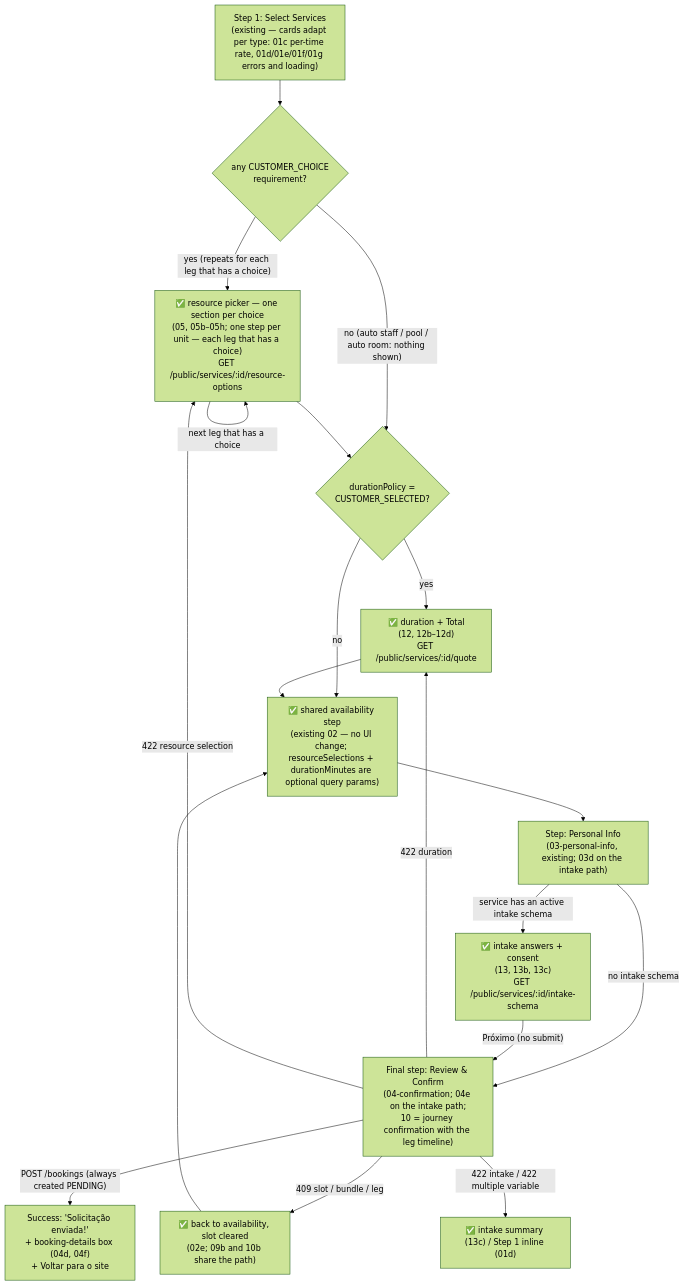
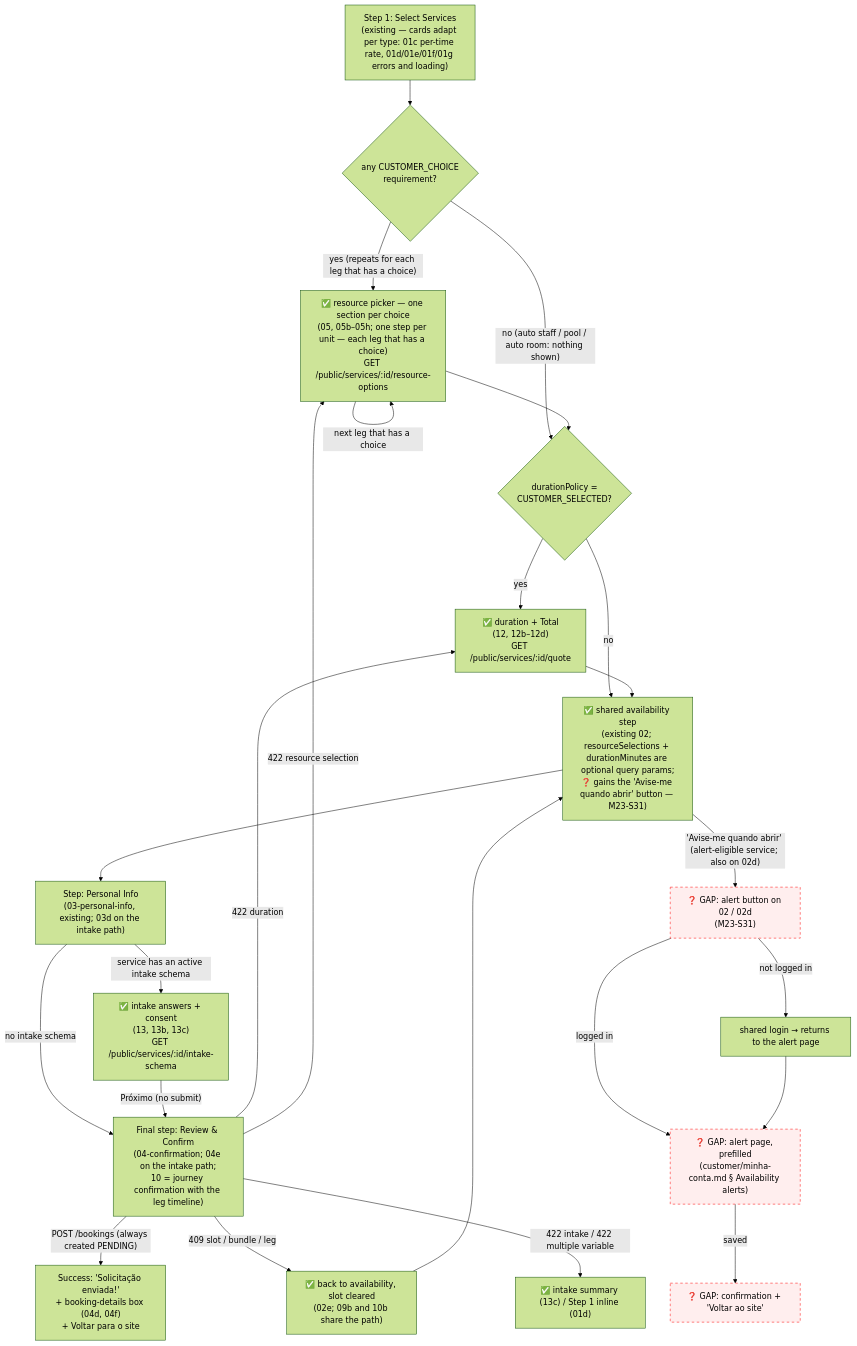
Before and after one commit to lmmoreira/ikaro: the second of 2 diagrams in plan/journey/guest/book-a-service.md, drawn with Mermaid (forest theme). The commit also changed other lines of this file and 26 other files, not shown here.

First line of the commit message:
docs(plan): redesign the M23-S31 availability-alert entry and fix M23 doc drift

````diff
--- a/plan/journey/guest/book-a-service.md
+++ b/plan/journey/guest/book-a-service.md
@@ -59,24 +59,30 @@
 ```mermaid
 flowchart TD
     classDef gap stroke:#f00,stroke-dasharray: 5 5,fill:#fee
 
     S1b["Step 1: Select Services<br/>(existing — cards adapt per type: 01c per-time rate, 01d/01e/01f/01g errors and loading)"] --> HasChoice{"any CUSTOMER_CHOICE<br/>requirement?"}
     HasChoice -- "yes (repeats for each leg that has a choice)" --> Picker["✅ resource picker — one section per choice<br/>(05, 05b–05h; one step per unit — each leg that has a choice)<br/>GET /public/services/:id/resource-options"]
     HasChoice -- "no (auto staff / pool / auto room: nothing shown)" --> HasDuration
     Picker -->|"next leg that has a choice"| Picker
     Picker --> HasDuration{"durationPolicy =<br/>CUSTOMER_SELECTED?"}
     HasDuration -- "yes" --> Duration["✅ duration + Total<br/>(12, 12b–12d)<br/>GET /public/services/:id/quote"]
     HasDuration -- "no" --> Availability
-    Duration --> Availability["✅ shared availability step<br/>(existing 02 — no UI change; resourceSelections + durationMinutes are optional query params)"]
+    Duration --> Availability["✅ shared availability step<br/>(existing 02; resourceSelections + durationMinutes are optional query params;<br/>❓ gains the 'Avise-me quando abrir' button — M23-S31)"]
 
     Availability --> S3m["Step: Personal Info<br/>(03-personal-info, existing; 03d on the intake path)"]
+    Availability -->|"'Avise-me quando abrir' (alert-eligible service; also on 02d)"| AlertBtn["❓ GAP: alert button on 02 / 02d<br/>(M23-S31)"]
+    AlertBtn -->|"not logged in"| AlertLogin["shared login → returns to the alert page"]
+    AlertBtn -->|"logged in"| AlertPage["❓ GAP: alert page, prefilled<br/>(customer/minha-conta.md § Availability alerts)"]
+    AlertLogin --> AlertPage
+    AlertPage -->|"saved"| AlertDone["❓ GAP: confirmation + 'Voltar ao site'"]
+    class AlertBtn,AlertPage,AlertDone gap
     S3m -->|"service has an active intake schema"| Intake["✅ intake answers + consent<br/>(13, 13b, 13c)<br/>GET /public/services/:id/intake-schema"]
     S3m -->|"no intake schema"| Confirm
     Intake -->|"Próximo (no submit)"| Confirm["Final step: Review & Confirm<br/>(04-confirmation; 04e on the intake path;<br/>10 = journey confirmation with the leg timeline)"]
     Confirm -->|"POST /bookings (always created PENDING)"| Done["Success: 'Solicitação enviada!'<br/>+ booking-details box (04d, 04f)<br/>+ Voltar para o site"]
     Confirm -->|"409 slot / bundle / leg"| BackAvail["✅ back to availability, slot cleared<br/>(02e; 09b and 10b share the path)"]
     Confirm -->|"422 duration"| Duration
     Confirm -->|"422 resource selection"| Picker
     Confirm -->|"422 intake / 422 multiple variable"| Errors["✅ intake summary (13c) / Step 1 inline (01d)"]
     BackAvail --> Availability
 ```
````
